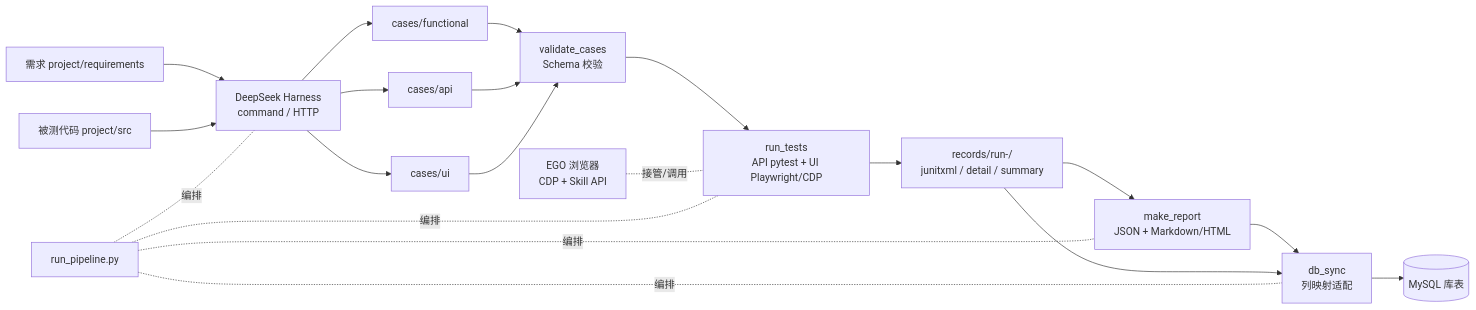
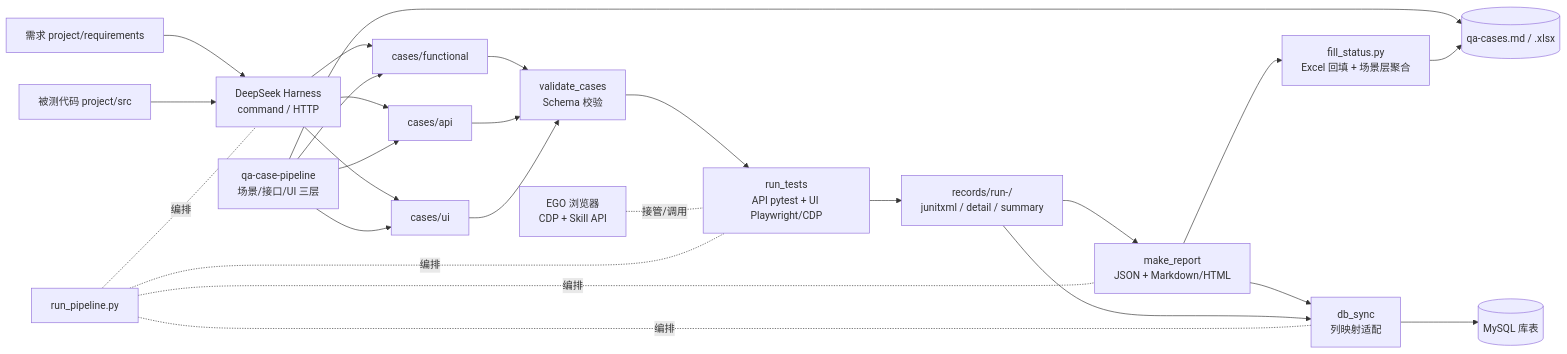
One commit to andy90k9/testworkflow changed the diagram in skills/dsh-workflow/SKILL.md. Above: the diagram before and after it, drawn with Mermaid. The commit also changed other lines of this file and 13 other files, not shown here.

First line of the commit message:
feat: integrate qa-toolkit three-layer case pipeline

````diff
--- a/skills/dsh-workflow/SKILL.md
+++ b/skills/dsh-workflow/SKILL.md
@@ -108,22 +121,28 @@
 ```mermaid
 flowchart LR
     A[需求 project/requirements] --> H
     B[被测代码 project/src] --> H
     H[DeepSeek Harness<br/>command / HTTP] --> F[cases/functional]
     H --> G[cases/api]
     H --> E[cases/ui]
+    Q[qa-case-pipeline<br/>场景/接口/UI 三层] --> F
+    Q --> G
+    Q --> E
+    Q --> XL[(qa-cases.md / .xlsx)]
     F --> V[validate_cases<br/>Schema 校验]
     G --> V
     E --> V
     V --> R[run_tests<br/>API pytest + UI Playwright/CDP]
     EG[EGO 浏览器<br/>CDP + Skill API] -.接管/调用.- R
     R --> S[records/run-<run_id>/<br/>junitxml / detail / summary]
     S --> P[make_report<br/>JSON + Markdown/HTML]
+    P --> FS[fill_status.py<br/>Excel 回填 + 场景层聚合]
+    FS --> XL
     P --> DB[db_sync<br/>列映射适配]
     S --> DB
     DB --> M[(MySQL 库表)]
     PIPE[run_pipeline.py] -.编排.- H
     PIPE -.编排.- R
     PIPE -.编排.- P
     PIPE -.编排.- DB
 ```
````
